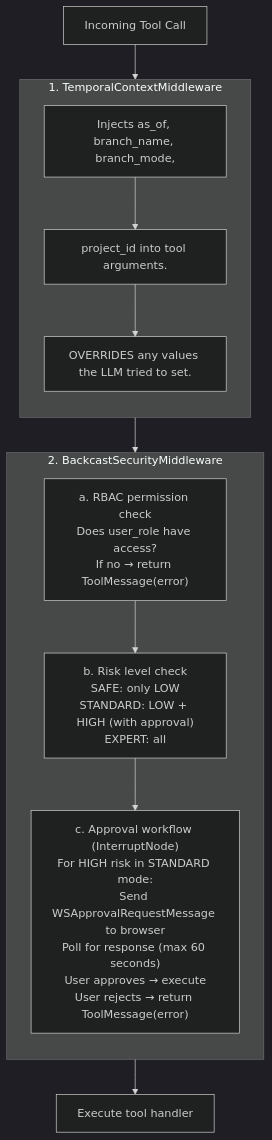
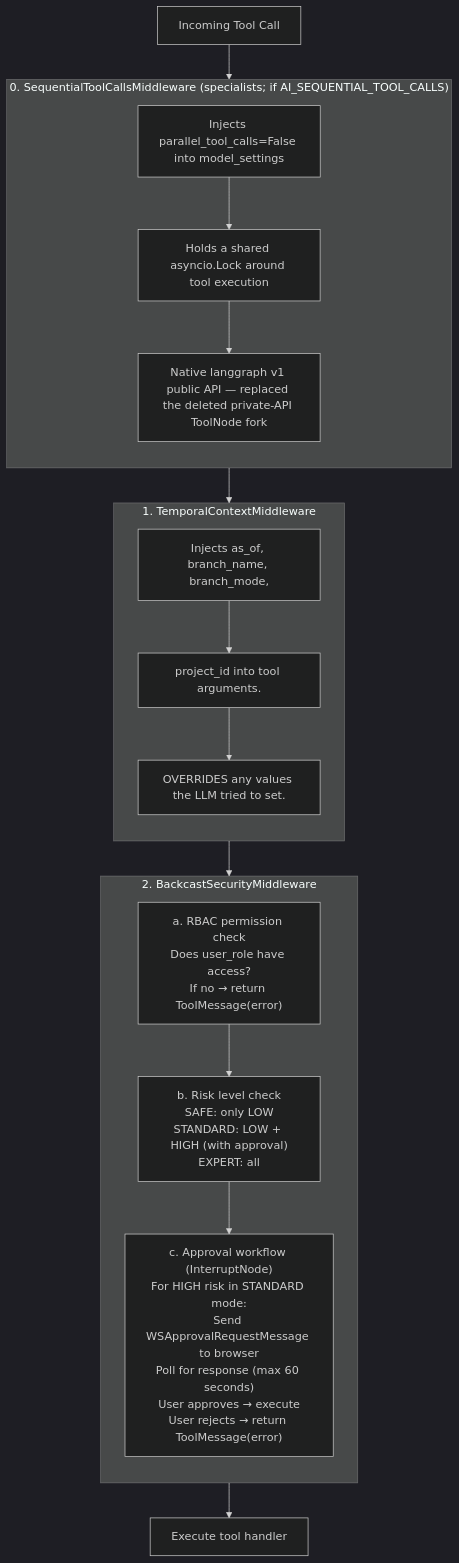
One commit to ogghst/backcast changed the third of 4 diagrams in docs/02-architecture/ai/agent-common-concepts.md. Above: the diagram before and after it, drawn with Mermaid (dark theme). The commit also changed other lines of this file and 29 other files, not shown here.

First line of the commit message:
docs: sync stale architecture docs with current code

````diff
--- a/docs/02-architecture/ai/agent-common-concepts.md
+++ b/docs/02-architecture/ai/agent-common-concepts.md
@@ -386,24 +386,32 @@
 ```mermaid
 flowchart TD
     INC["Incoming Tool Call"]
+
+    subgraph MW0 ["0. SequentialToolCallsMiddleware  (specialists; if AI_SEQUENTIAL_TOOL_CALLS)"]
+        direction TB
+        SEQ1["Injects parallel_tool_calls=False into model_settings"]
+        SEQ2["Holds a shared asyncio.Lock around tool execution"]
+        SEQ3["Native langgraph v1 public API — replaced the deleted private-API ToolNode fork"]
+        SEQ1 --> SEQ2 --> SEQ3
+    end
 
     subgraph MW1 ["1. TemporalContextMiddleware"]
         direction TB
         TC1["Injects as_of, branch_name, branch_mode,"]
         TC2["project_id into tool arguments."]
         TC3["OVERRIDES any values the LLM tried to set."]
         TC1 --> TC2 --> TC3
     end
 
     subgraph MW2 ["2. BackcastSecurityMiddleware"]
         direction TB
         RBAC["a. RBAC permission check<br/>Does user_role have access?<br/>If no → return ToolMessage(error)"]
         RISK["b. Risk level check<br/>SAFE: only LOW<br/>STANDARD: LOW + HIGH (with approval)<br/>EXPERT: all"]
         APPROVAL["c. Approval workflow (InterruptNode)<br/>For HIGH risk in STANDARD mode:<br/>Send WSApprovalRequestMessage to browser<br/>Poll for response (max 60 seconds)<br/>User approves → execute<br/>User rejects → return ToolMessage(error)"]
         RBAC --> RISK --> APPROVAL
     end
 
     EXEC["Execute tool handler"]
 
-    INC --> MW1 --> MW2 --> EXEC
+    INC --> MW0 --> MW1 --> MW2 --> EXEC
 ```
````
